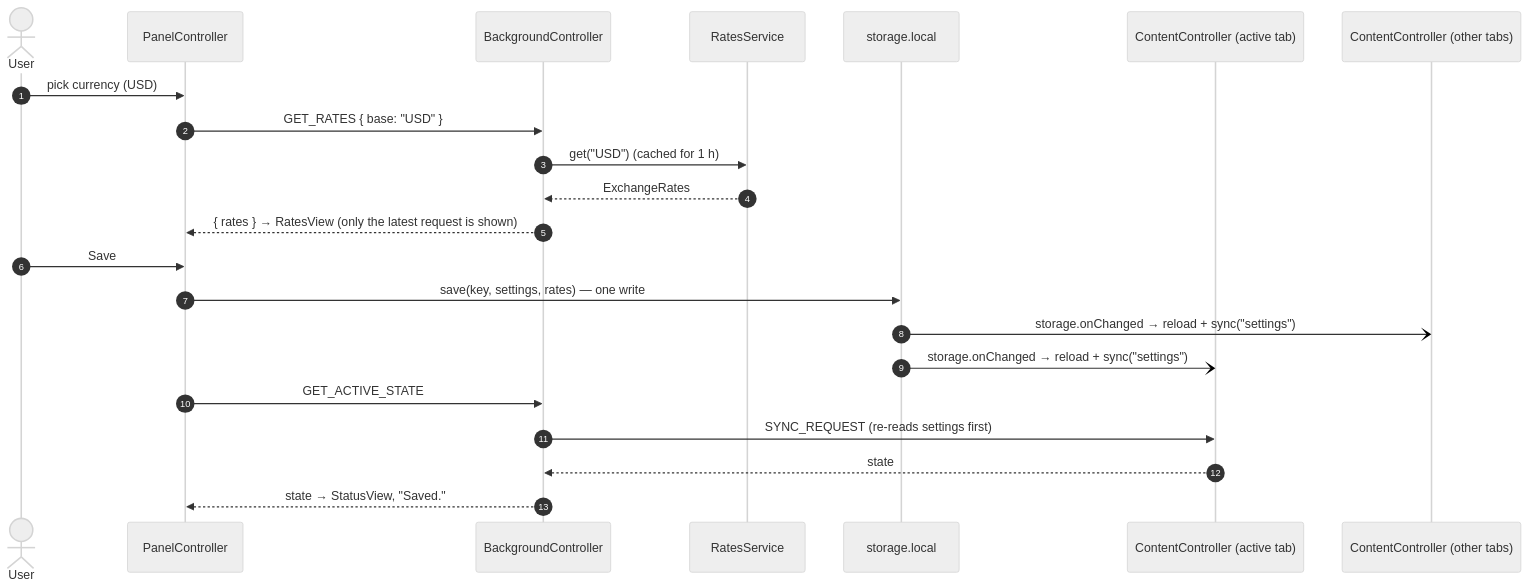
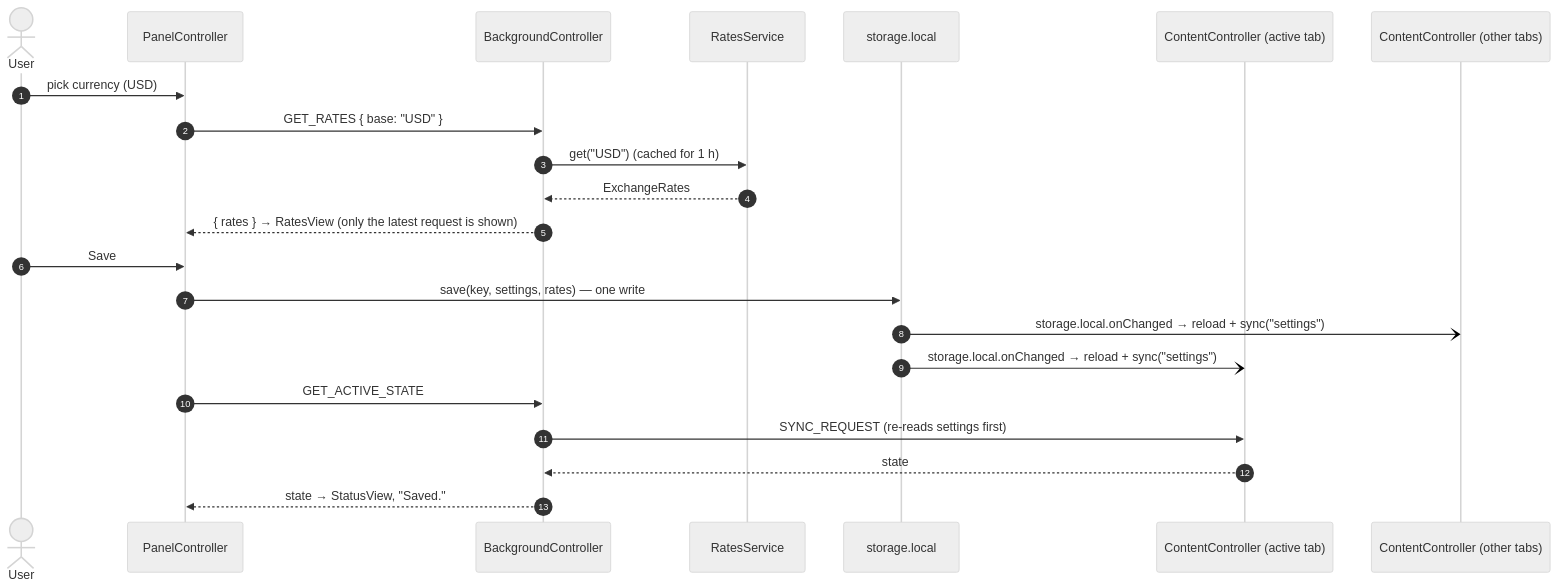
The sixth of 8 diagrams in docs/architecture.md (radyak/minerva-browserplugin), drawn with Mermaid (neutral theme) before and after one commit. The commit also changed other lines of this file and 7 other files, not shown here.

First line of the commit message:
refactor: [by AI] Store the settings through WXT's storage items

````diff
--- a/docs/architecture.md
+++ b/docs/architecture.md
@@ -300,25 +300,25 @@
 ```mermaid
 sequenceDiagram
   autonumber
   actor User
   participant PC as PanelController
   participant BC as BackgroundController
   participant RS as RatesService
   participant Store as storage.local
   participant Tab as ContentController (active tab)
   participant Other as ContentController (other tabs)
 
   User->>PC: pick currency (USD)
   PC->>BC: GET_RATES { base: "USD" }
   BC->>RS: get("USD") (cached for 1 h)
   RS-->>BC: ExchangeRates
   BC-->>PC: { rates } → RatesView (only the latest request is shown)
   User->>PC: Save
   PC->>Store: save(key, settings, rates) — one write
-  Store-)Other: storage.onChanged → reload + sync("settings")
-  Store-)Tab: storage.onChanged → reload + sync("settings")
+  Store-)Other: storage.local.onChanged → reload + sync("settings")
+  Store-)Tab: storage.local.onChanged → reload + sync("settings")
   PC->>BC: GET_ACTIVE_STATE
   BC->>Tab: SYNC_REQUEST (re-reads settings first)
   Tab-->>BC: state
   BC-->>PC: state → StatusView, "Saved."
 ```
````
